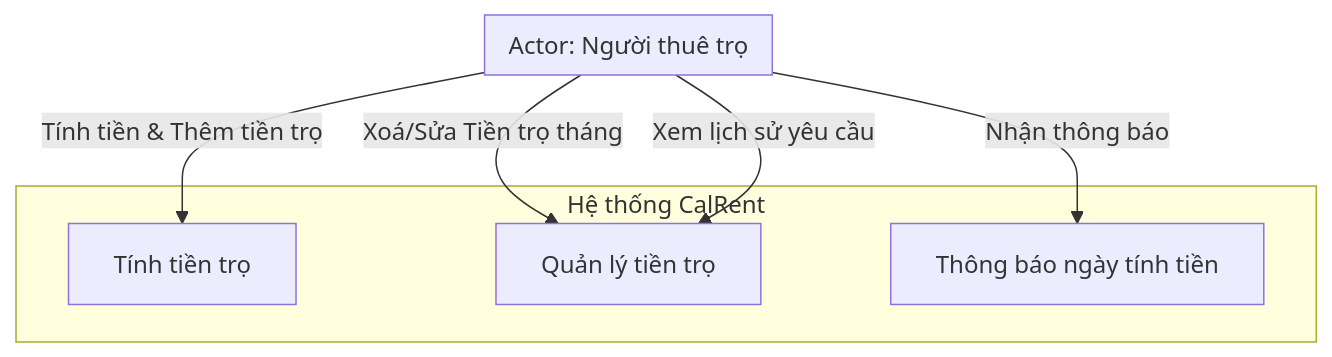
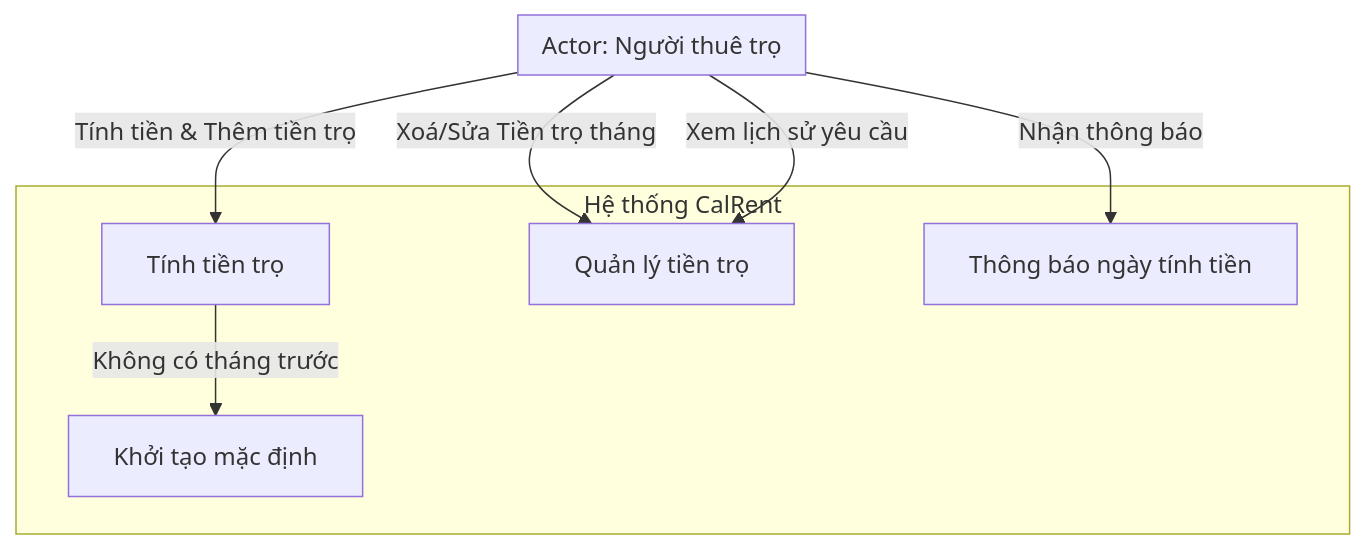
One commit to Katz-Team/CalRent changed the third of 7 diagrams in calculateRent/Docs/software_modeling.md. Above: the diagram before and after it, drawn with Mermaid. The commit also changed other lines of this file and 1 other file, not shown here.

````diff
--- a/calculateRent/Docs/software_modeling.md
+++ b/calculateRent/Docs/software_modeling.md
@@ -44,16 +44,18 @@
 ```mermaid
   graph TD
     subgraph UT["Actor: Người thuê trọ"]
     end
 
     subgraph "Hệ thống CalRent"
         SS0["Tính tiền trọ"]
         SS1["Quản lý tiền trọ"]
         SS2["Thông báo ngày tính tiền"]
+        SS3["Khởi tạo mặc định"]
     end
 
     UT -->|Xoá/Sửa Tiền trọ tháng| SS1
     UT -->|Xem lịch sử yêu cầu| SS1
     UT -->|Nhận thông báo| SS2
     UT --> |Tính tiền & Thêm tiền trọ| SS0
+    SS0 --> | Không có tháng trước | SS3
 ```
````
